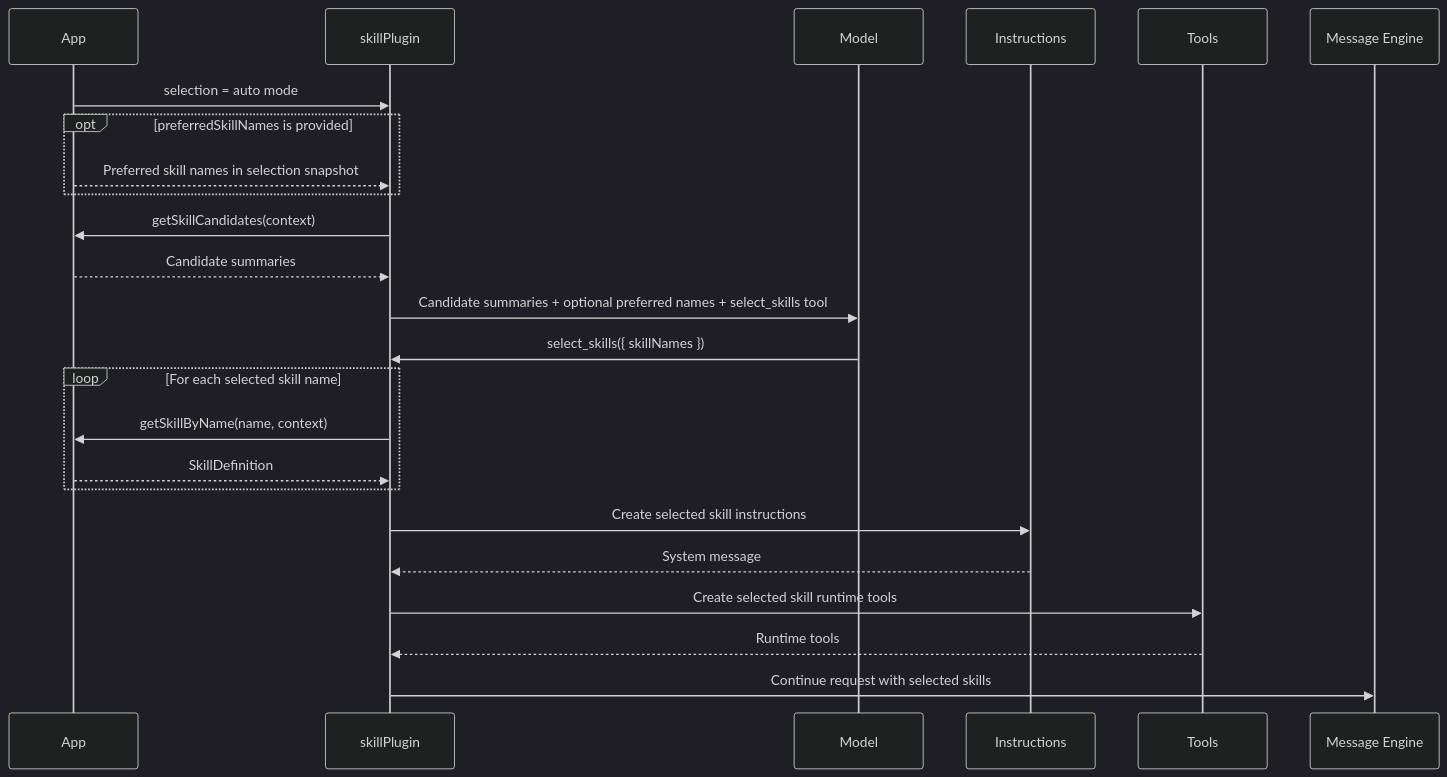
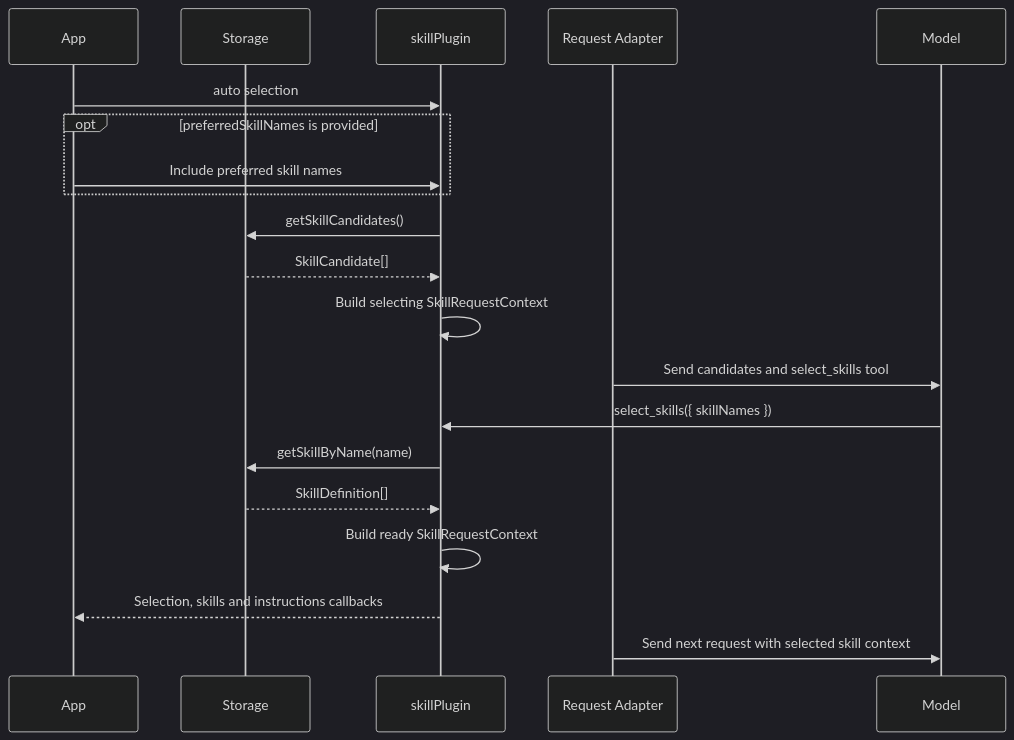
Before and after one commit to opentiny/tiny-robot: the second of 2 diagrams in packages/kit/src/skills/README.md, drawn with Mermaid (dark theme). The commit also changed other lines of this file, not shown here.

Commit message:
docs: update skill readme

````diff
--- a/packages/kit/src/skills/README.md
+++ b/packages/kit/src/skills/README.md
@@ -349,27 +161,23 @@
 ```mermaid
 sequenceDiagram
   participant App
+  participant Storage
   participant Plugin as skillPlugin
+  participant Adapter as Request Adapter
   participant Model
-  participant Instructions
-  participant Tools
-  participant Engine as Message Engine
 
-  App->>Plugin: selection = auto mode
+  App->>Plugin: auto selection
   opt preferredSkillNames is provided
-    App-->>Plugin: Preferred skill names in selection snapshot
+    App->>Plugin: Include preferred skill names
   end
-  Plugin->>App: getSkillCandidates(context)
-  App-->>Plugin: Candidate summaries
-  Plugin->>Model: Candidate summaries + optional preferred names + select_skills tool
+  Plugin->>Storage: getSkillCandidates()
+  Storage-->>Plugin: SkillCandidate[]
+  Plugin->>Plugin: Build selecting SkillRequestContext
+  Adapter->>Model: Send candidates and select_skills tool
   Model->>Plugin: select_skills({ skillNames })
-  loop For each selected skill name
-    Plugin->>App: getSkillByName(name, context)
-    App-->>Plugin: SkillDefinition
-  end
-  Plugin->>Instructions: Create selected skill instructions
-  Instructions-->>Plugin: System message
-  Plugin->>Tools: Create selected skill runtime tools
-  Tools-->>Plugin: Runtime tools
-  Plugin->>Engine: Continue request with selected skills
+  Plugin->>Storage: getSkillByName(name)
+  Storage-->>Plugin: SkillDefinition[]
+  Plugin->>Plugin: Build ready SkillRequestContext
+  Plugin-->>App: Selection, skills and instructions callbacks
+  Adapter->>Model: Send next request with selected skill context
 ```
````
